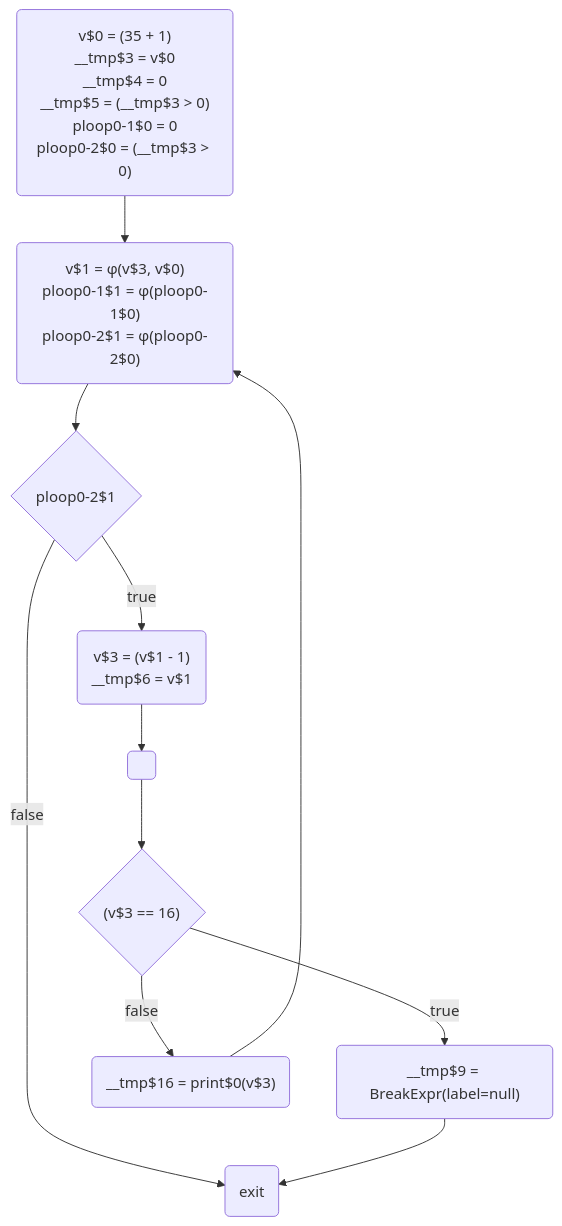
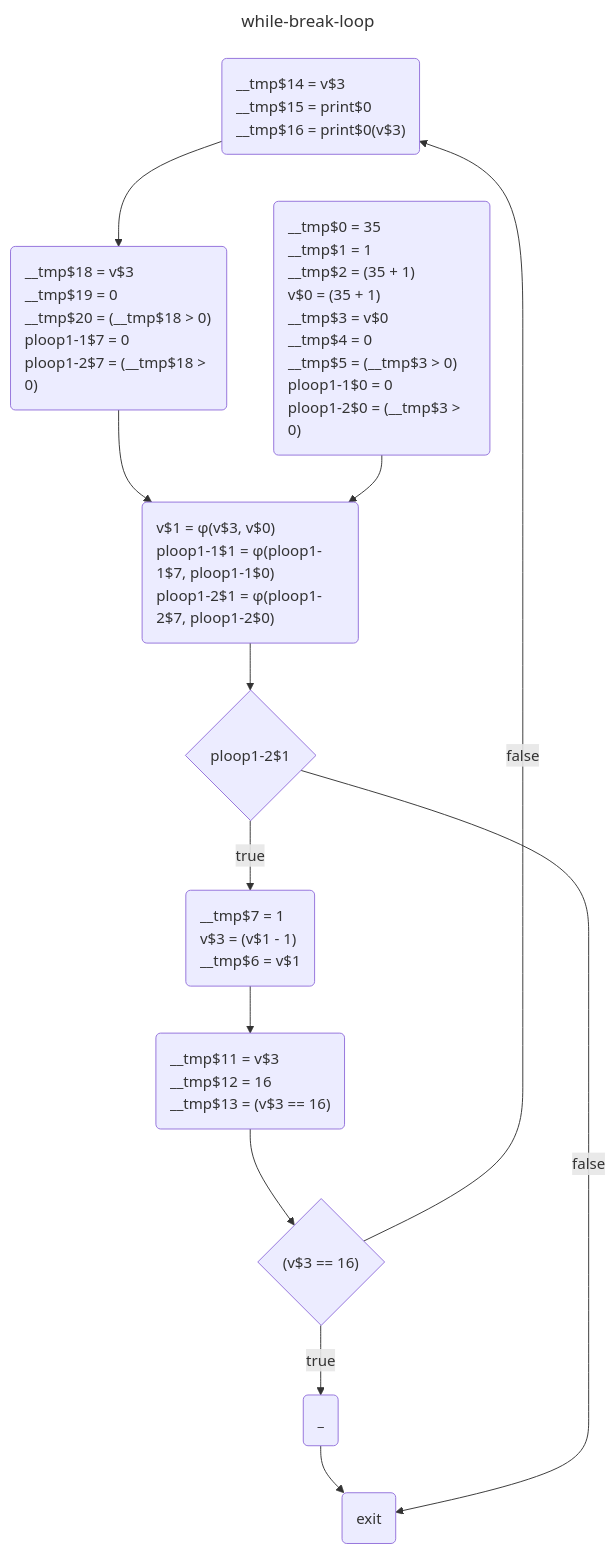
The diagram in res/while-break-loop/ssa-diagram_const-prop.mmd (dee-tree/sav-lab1), drawn with Mermaid before and after one commit. The commit also changed 33 other files, not shown here.

```diff
--- a/res/while-break-loop/ssa-diagram_const-prop.mmd
+++ b/res/while-break-loop/ssa-diagram_const-prop.mmd
@@ -1,20 +1,26 @@
+---
+title: while-break-loop
+---
 flowchart TD
-	while_start$10("v$1 = φ(v$3, v$0)<br>ploop0-1$1 = φ(ploop0-1$0)<br>ploop0-2$1 = φ(ploop0-2$0)")
-	while_body$12("v$3 = (v$1 - 1)<br>__tmp$6 = v$1")
-	if_true$15("__tmp$9 = BreakExpr(label=null)")
-	cond$14{"(v$3 == 16)"}
-	entry$9("v$0 = (35 + 1)<br>__tmp$3 = v$0<br>__tmp$4 = 0<br>__tmp$5 = (__tmp$3 > 0)<br>ploop0-1$0 = 0<br>ploop0-2$0 = (__tmp$3 > 0)")
-	while_exit$16("exit")
-	cond$11{"ploop0-2$1"}
-	if_cond$13(" ")
-	if_merged$17("__tmp$16 = print$0(v$3)")
-	if_cond$13 -->  cond$14
-	if_merged$17 -->  while_start$10
-	cond$14 --> |"false"| if_merged$17
-	while_start$10 -->  cond$11
-	cond$11 --> |"false"| while_exit$16
-	while_body$12 -->  if_cond$13
-	cond$11 --> |"true"| while_body$12
-	cond$14 --> |"true"| if_true$15
-	if_true$15 -->  while_exit$16
-	entry$9 -->  while_start$10
+	if_true$16("_"):::defstyle
+	if_merged$18("__tmp$14 = v$3<br>__tmp$15 = print$0<br>__tmp$16 = print$0(v$3)"):::defstyle
+	while_start$11("v$1 = φ(v$3, v$0)<br>ploop1-1$1 = φ(ploop1-1$7, ploop1-1$0)<br>ploop1-2$1 = φ(ploop1-2$7, ploop1-2$0)"):::defstyle
+	entry$10("__tmp$0 = 35<br>__tmp$1 = 1<br>__tmp$2 = (35 + 1)<br>v$0 = (35 + 1)<br>__tmp$3 = v$0<br>__tmp$4 = 0<br>__tmp$5 = (__tmp$3 > 0)<br>ploop1-1$0 = 0<br>ploop1-2$0 = (__tmp$3 > 0)"):::defstyle
+	cond$12{"ploop1-2$1"}:::defstyle
+	null$19("__tmp$18 = v$3<br>__tmp$19 = 0<br>__tmp$20 = (__tmp$18 > 0)<br>ploop1-1$7 = 0<br>ploop1-2$7 = (__tmp$18 > 0)"):::defstyle
+	cond$15{"(v$3 == 16)"}:::defstyle
+	if_cond$14("__tmp$11 = v$3<br>__tmp$12 = 16<br>__tmp$13 = (v$3 == 16)"):::defstyle
+	while_body$13("__tmp$7 = 1<br>v$3 = (v$1 - 1)<br>__tmp$6 = v$1"):::defstyle
+	while_exit$17("exit"):::defstyle
+	cond$12 --> |"true"| while_body$13
+	if_true$16 -->  while_exit$17
+	null$19 -->  while_start$11
+	entry$10 -->  while_start$11
+	if_merged$18 -->  null$19
+	while_body$13 -->  if_cond$14
+	cond$15 --> |"false"| if_merged$18
+	if_cond$14 -->  cond$15
+	cond$15 --> |"true"| if_true$16
+	while_start$11 -->  cond$12
+	cond$12 --> |"false"| while_exit$17
+classDef defstyle text-align: left;
```
